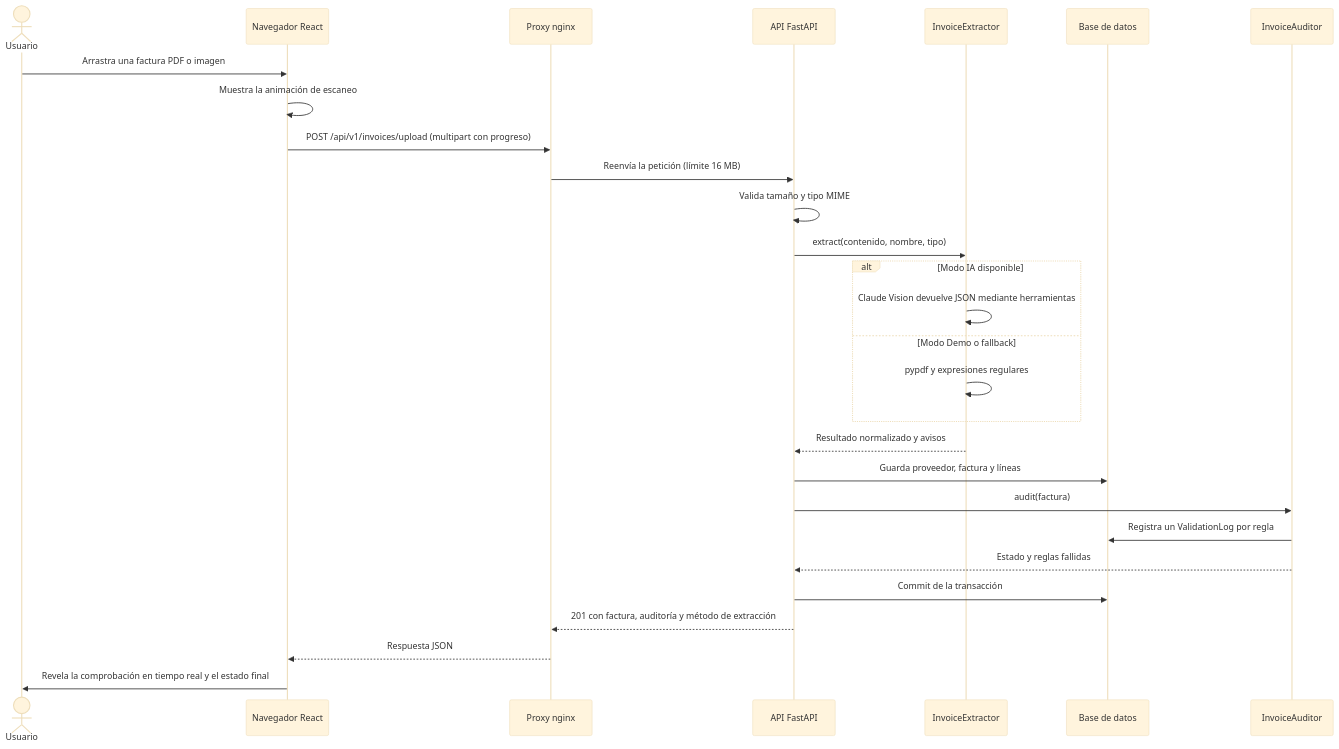
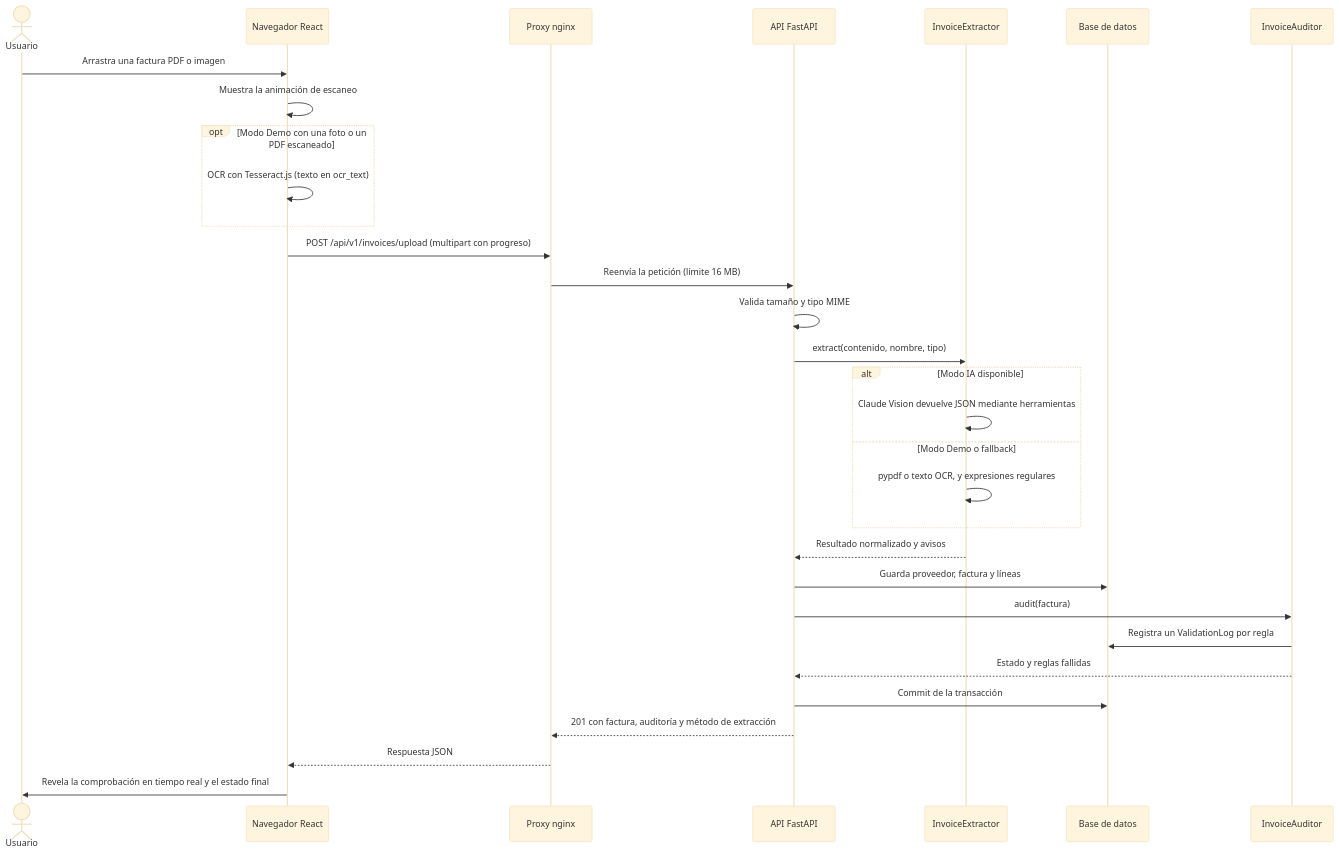
One commit to dftii/smart-invoice-auditor changed the second of 2 diagrams in README.md. Above: the diagram before and after it, drawn with Mermaid (base theme). The commit also changed other lines of this file and 25 other files, not shown here.

First line of the commit message:
Free in-browser OCR for photos and scanned PDFs in demo mode

````diff
--- a/README.md
+++ b/README.md
@@ -127,31 +127,34 @@
 ```mermaid
 sequenceDiagram
     actor U as Usuario
     participant B as Navegador React
     participant P as Proxy nginx
     participant A as API FastAPI
     participant X as InvoiceExtractor
     participant D as Base de datos
     participant V as InvoiceAuditor
 
     U->>B: Arrastra una factura PDF o imagen
     B->>B: Muestra la animación de escaneo
+    opt Modo Demo con una foto o un PDF escaneado
+        B->>B: OCR con Tesseract.js (texto en ocr_text)
+    end
     B->>P: POST /api/v1/invoices/upload (multipart con progreso)
     P->>A: Reenvía la petición (límite 16 MB)
     A->>A: Valida tamaño y tipo MIME
     A->>X: extract(contenido, nombre, tipo)
     alt Modo IA disponible
         X->>X: Claude Vision devuelve JSON mediante herramientas
     else Modo Demo o fallback
-        X->>X: pypdf y expresiones regulares
+        X->>X: pypdf o texto OCR, y expresiones regulares
     end
     X-->>A: Resultado normalizado y avisos
     A->>D: Guarda proveedor, factura y líneas
     A->>V: audit(factura)
     V->>D: Registra un ValidationLog por regla
     V-->>A: Estado y reglas fallidas
     A->>D: Commit de la transacción
     A-->>P: 201 con factura, auditoría y método de extracción
     P-->>B: Respuesta JSON
     B->>U: Revela la comprobación en tiempo real y el estado final
 ```
````
